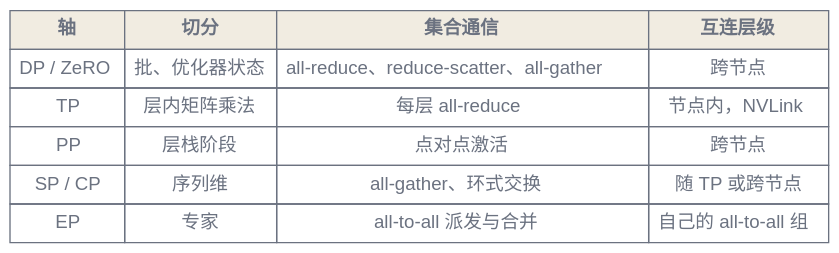
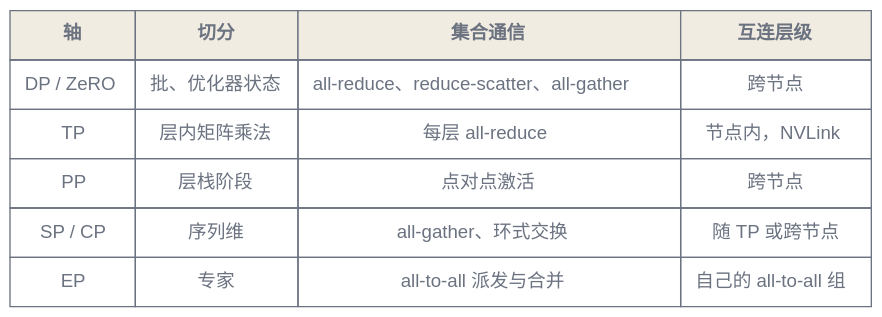
Before and after one commit to latere-ai/ai-as-an-infrastructure: the second of 4 diagrams in zh/foundations/06-training-at-scale.qmd, drawn with Graphviz. The commit also changed 1 other file, not shown here.

Commit message:
training-at-scale: widen parallelism-table cell padding so CJK cells don't clip

````diff
--- a/zh/foundations/06-training-at-scale.qmd
+++ b/zh/foundations/06-training-at-scale.qmd
@@ -44,19 +44,19 @@
 ```{dot}
 //| label: fig-training-axes
 //| fig-cap: "四个并行轴外加专家并行，各自按它切分什么、运行哪种集合通信，以及用得起哪一层级的互连。"
 digraph axes {
   bgcolor="transparent";
   rankdir=LR;
   node [shape=plaintext, fontname="Helvetica", fontcolor="#6b7280"];
   t [label=<
-    <table border="0" cellborder="1" cellspacing="0" cellpadding="6" color="#6b7280">
+    <table border="0" cellborder="1" cellspacing="0" cellpadding="10" color="#6b7280">
       <tr><td bgcolor="#f1ece1"><b>轴</b></td><td bgcolor="#f1ece1"><b>切分</b></td><td bgcolor="#f1ece1"><b>集合通信</b></td><td bgcolor="#f1ece1"><b>互连层级</b></td></tr>
       <tr><td>DP / ZeRO</td><td>批、优化器状态</td><td>all-reduce、reduce-scatter、all-gather</td><td>跨节点</td></tr>
       <tr><td>TP</td><td>层内矩阵乘法</td><td>每层 all-reduce</td><td>节点内，NVLink</td></tr>
       <tr><td>PP</td><td>层栈阶段</td><td>点对点激活</td><td>跨节点</td></tr>
       <tr><td>SP / CP</td><td>序列维</td><td>all-gather、环式交换</td><td>随 TP 或跨节点</td></tr>
       <tr><td>EP</td><td>专家</td><td>all-to-all 派发与合并</td><td>自己的 all-to-all 组</td></tr>
     </table>
   >];
 }
 ```
````
